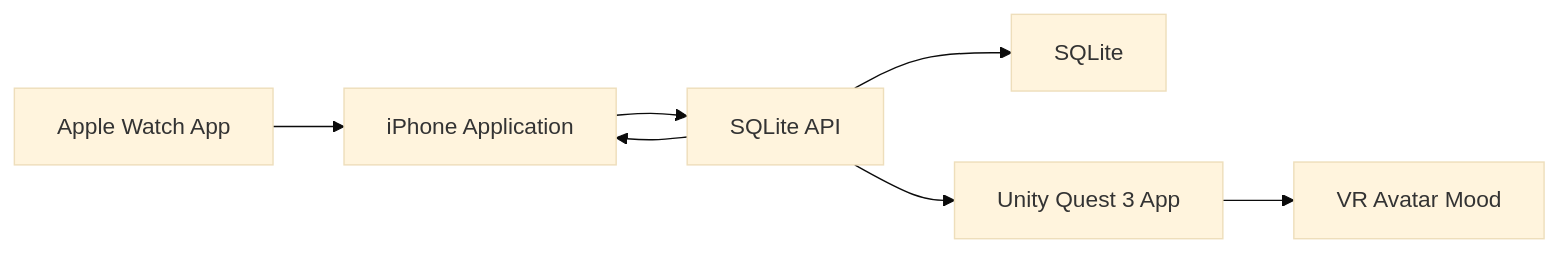
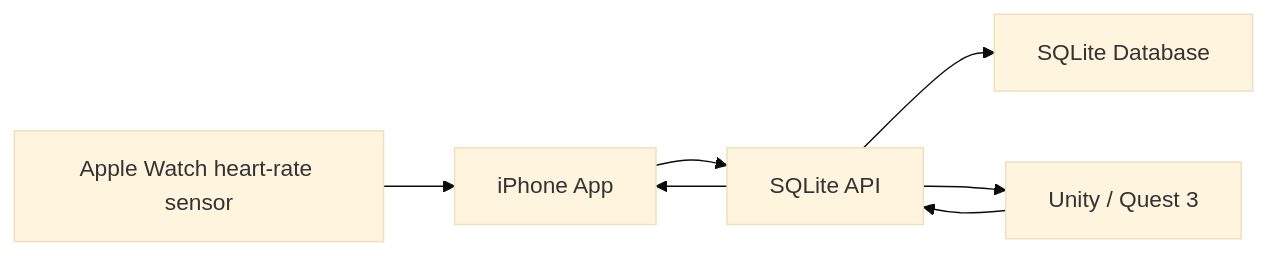
One commit to mjj5444845/vr-avatar-heartwatch-demo changed the diagram in README.md. Above: the diagram before and after it, drawn with Mermaid (base theme). The commit also changed other lines of this file and 19 other files, not shown here.

Commit message:
Add VR exit flow and polish demo presentation

````diff
--- a/README.md
+++ b/README.md
@@ -43,9 +7,9 @@
 ```mermaid
 flowchart LR
-  Watch["Apple Watch App"] --> iPhone["iPhone Application"]
+  Watch["Apple Watch heart-rate sensor"] --> iPhone["iPhone App"]
   iPhone --> API["SQLite API"]
-  API --> DB["SQLite"]
+  API --> DB["SQLite Database"]
   API --> iPhone
-  API --> Unity["Unity Quest 3 App"]
-  Unity --> Avatar["VR Avatar Mood"]
+  API --> Unity["Unity / Quest 3"]
+  Unity --> API
 ```
````
